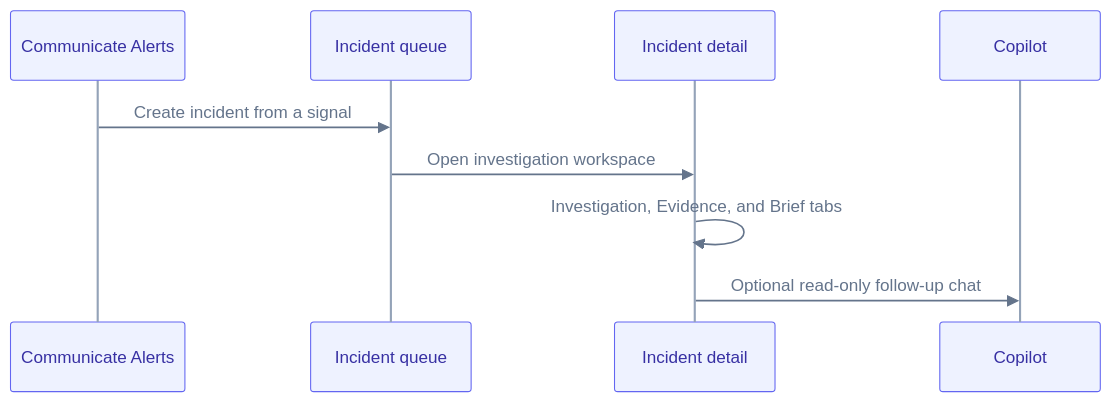
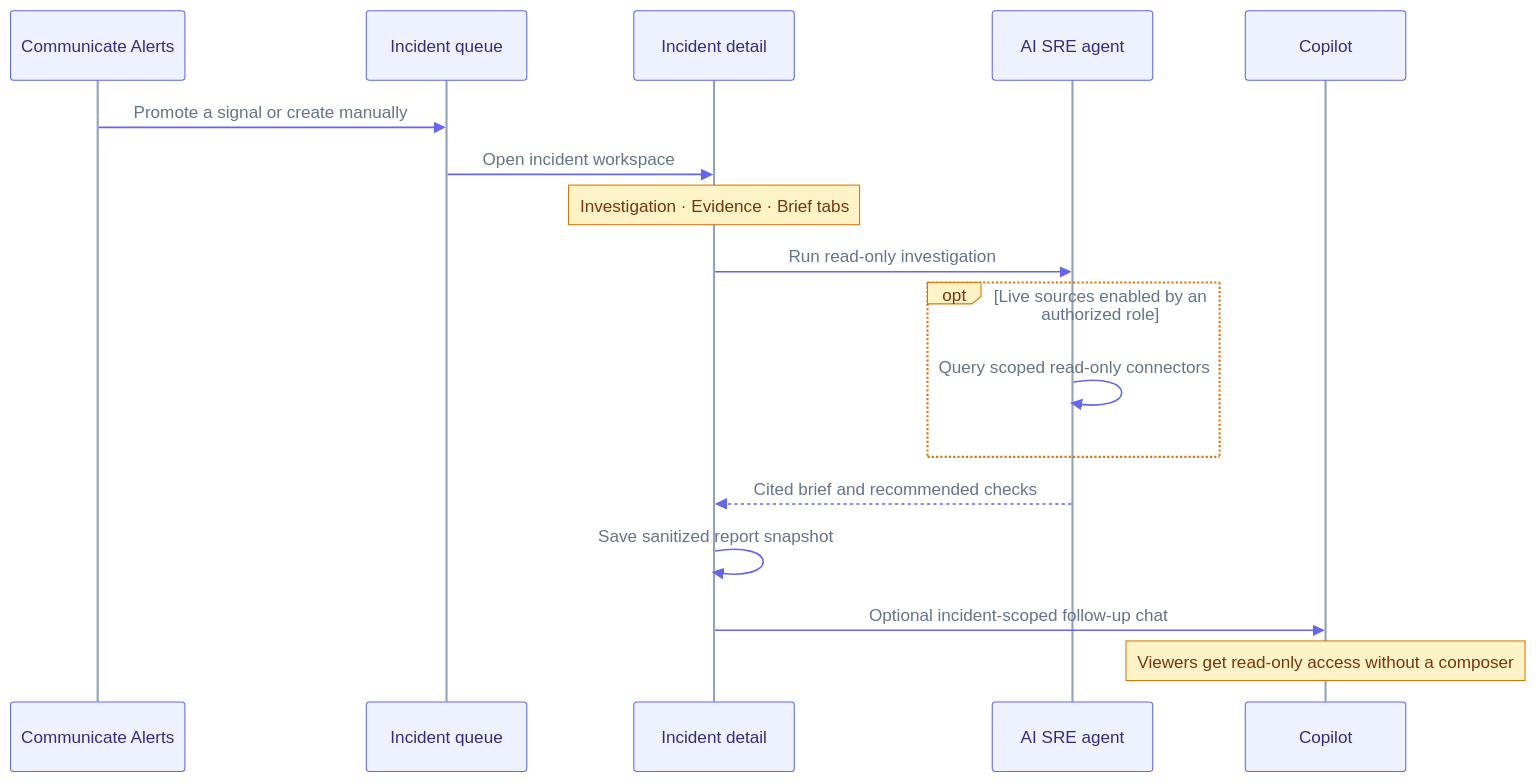
One commit to supercheck-io/supercheck changed the diagram in docs/content/docs/app/investigate/incidents.mdx. Above: the diagram before and after it, drawn with Mermaid. The commit also changed 17 other files, not shown here.

First line of the commit message:
docs: restore original colors, add AI SRE to architecture, reorganize + multi-color diagrams (#310)

````diff
--- a/docs/content/docs/app/investigate/incidents.mdx
+++ b/docs/content/docs/app/investigate/incidents.mdx
@@ -16,13 +16,21 @@
 ```mermaid
-%%{init: {"theme":"base","themeVariables":{"fontFamily":"ui-sans-serif, system-ui, -apple-system, Segoe UI, Roboto, sans-serif","primaryColor":"#eef2ff","primaryTextColor":"#3730a3","primaryBorderColor":"#6366f1","lineColor":"#94a3b8","secondaryColor":"#fffbeb","secondaryTextColor":"#92400e","secondaryBorderColor":"#f59e0b","tertiaryColor":"#ecfdf5","tertiaryTextColor":"#065f46","tertiaryBorderColor":"#10b981","clusterBkg":"#f8fafc","clusterBorder":"#cbd5e1","edgeLabelBackground":"#ffffff","actorBkg":"#eef2ff","actorBorder":"#6366f1","actorTextColor":"#3730a3","actorLineColor":"#94a3b8","signalColor":"#64748b","signalTextColor":"#64748b","labelBoxBkgColor":"#fffbeb","labelBoxBorderColor":"#f59e0b","labelTextColor":"#92400e","loopTextColor":"#64748b","activationBkgColor":"#ddd6fe","activationBorderColor":"#7c3aed","noteBkgColor":"#fef9c3","noteBorderColor":"#eab308","noteTextColor":"#713f12","textColor":"#475569","mainBkg":"#ffffff"}}}%%
+%%{init: {"theme":"base","themeVariables":{"fontFamily":"ui-sans-serif, system-ui, -apple-system, Segoe UI, Roboto, sans-serif","actorBkg":"#eef2ff","actorBorder":"#6366f1","actorTextColor":"#312e81","actorLineColor":"#94a3b8","signalColor":"#6366f1","signalTextColor":"#64748b","labelBoxBkgColor":"#fef3c7","labelBoxBorderColor":"#d97706","labelTextColor":"#78350f","loopTextColor":"#64748b","activationBkgColor":"#ddd6fe","activationBorderColor":"#7c3aed","noteBkgColor":"#fef3c7","noteBorderColor":"#d97706","noteTextColor":"#78350f","textColor":"#64748b","lineColor":"#94a3b8","mainBkg":"transparent"}}}%%
 sequenceDiagram
     participant Alerts as Communicate Alerts
-    participant Queue as Incident queue
+    participant Inc as Incident queue
     participant Detail as Incident detail
+    participant Agent as AI SRE agent
     participant Copilot as Copilot
 
-    Alerts->>Queue: Create incident from a signal
-    Queue->>Detail: Open investigation workspace
-    Detail->>Detail: Investigation, Evidence, and Brief tabs
-    Detail->>Copilot: Optional read-only follow-up chat
+    Alerts->>Inc: Promote a signal or create manually
+    Inc->>Detail: Open incident workspace
+    Note over Detail: Investigation · Evidence · Brief tabs
+    Detail->>Agent: Run read-only investigation
+    opt Live sources enabled by an authorized role
+        Agent->>Agent: Query scoped read-only connectors
+    end
+    Agent-->>Detail: Cited brief and recommended checks
+    Detail->>Detail: Save sanitized report snapshot
+    Detail->>Copilot: Optional incident-scoped follow-up chat
+    Note over Copilot: Viewers get read-only access without a composer
 ```
````
